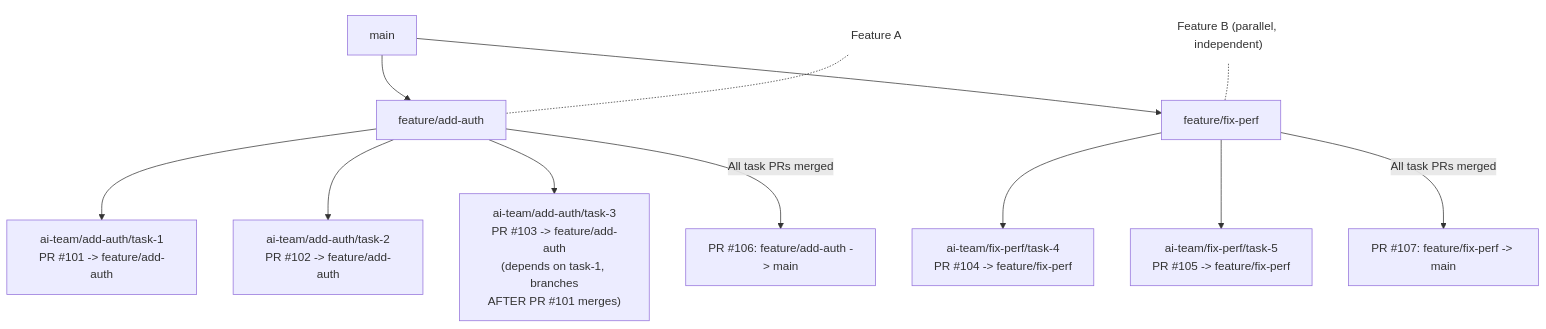
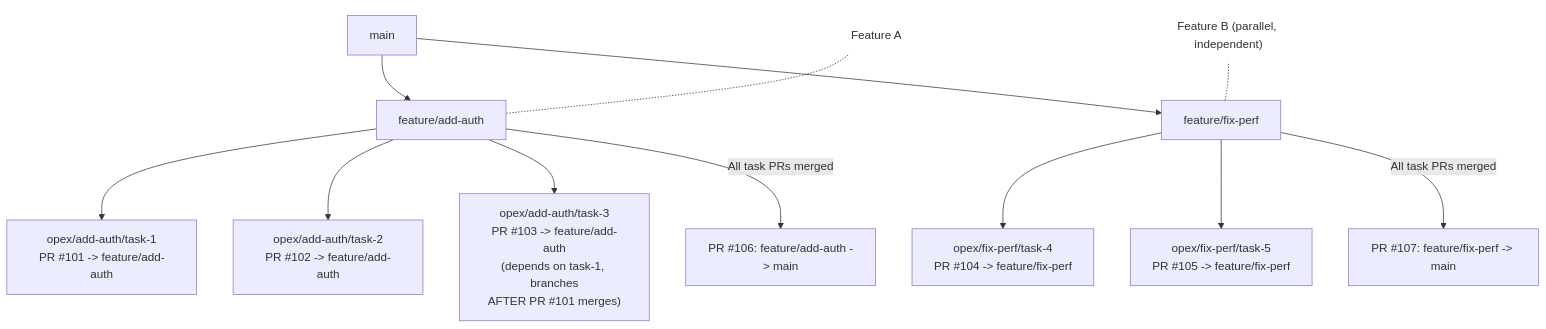
One commit to 0xc14m1z/opex changed the second of 7 diagrams in docs/specs/01-workflow.md. Above: the diagram before and after it, drawn with Mermaid. The commit also changed other lines of this file and 24 other files, not shown here.

First line of the commit message:
docs: rename ai-team to opex across all specs and docs

````diff
--- a/docs/specs/01-workflow.md
+++ b/docs/specs/01-workflow.md
@@ -88,23 +88,23 @@
 ```mermaid
 flowchart TD
     main[main]
 
     main --> FA[feature/add-auth]
     main --> FB[feature/fix-perf]
 
-    FA --> T1["ai-team/add-auth/task-1\nPR #101 -> feature/add-auth"]
-    FA --> T2["ai-team/add-auth/task-2\nPR #102 -> feature/add-auth"]
-    FA --> T3["ai-team/add-auth/task-3\nPR #103 -> feature/add-auth\n(depends on task-1, branches\nAFTER PR #101 merges)"]
+    FA --> T1["opex/add-auth/task-1\nPR #101 -> feature/add-auth"]
+    FA --> T2["opex/add-auth/task-2\nPR #102 -> feature/add-auth"]
+    FA --> T3["opex/add-auth/task-3\nPR #103 -> feature/add-auth\n(depends on task-1, branches\nAFTER PR #101 merges)"]
 
-    FB --> T4["ai-team/fix-perf/task-4\nPR #104 -> feature/fix-perf"]
-    FB --> T5["ai-team/fix-perf/task-5\nPR #105 -> feature/fix-perf"]
+    FB --> T4["opex/fix-perf/task-4\nPR #104 -> feature/fix-perf"]
+    FB --> T5["opex/fix-perf/task-5\nPR #105 -> feature/fix-perf"]
 
     FA -->|"All task PRs merged"| PR106["PR #106: feature/add-auth -> main"]
     FB -->|"All task PRs merged"| PR107["PR #107: feature/fix-perf -> main"]
 
     Note1["Feature A"] -.- FA
     Note2["Feature B (parallel, independent)"] -.- FB
 
     style Note1 fill:none,stroke:none
     style Note2 fill:none,stroke:none
 ```
````
